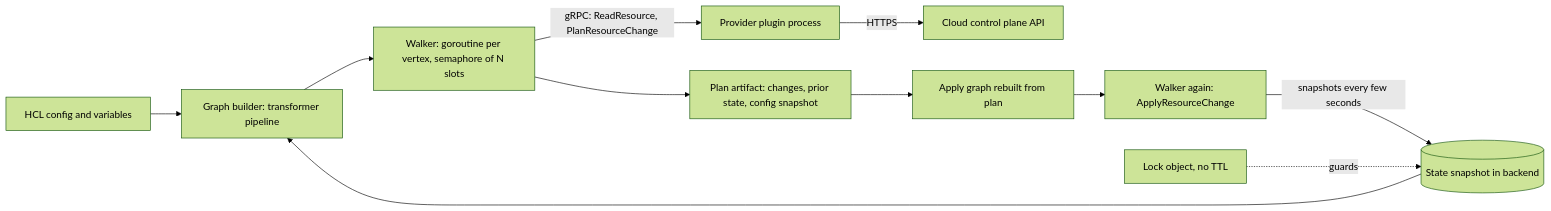
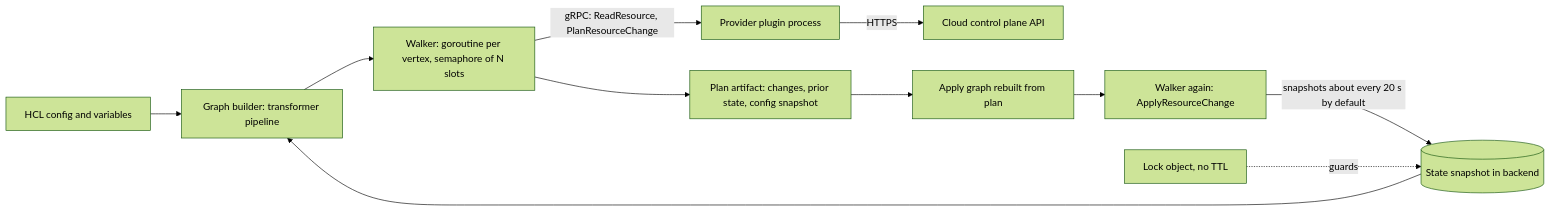
One commit to shreejitverma/SDE-Interview-Prep changed the diagram in 17-Cloud-AI-Engineering/Volume_06_Infrastructure_as_Code_and_Delivery/Chapter_01_Terraform_and_OpenTofu_Internals.md. Above: the diagram before and after it, drawn with Mermaid (forest theme). The commit also changed other lines of this file and 143 other files, not shown here.

````diff
--- a/17-Cloud-AI-Engineering/Volume_06_Infrastructure_as_Code_and_Delivery/Chapter_01_Terraform_and_OpenTofu_Internals.md
+++ b/17-Cloud-AI-Engineering/Volume_06_Infrastructure_as_Code_and_Delivery/Chapter_01_Terraform_and_OpenTofu_Internals.md
@@ -29,13 +62,13 @@
 ```mermaid
 flowchart LR
   A["HCL config and variables"] --> G["Graph builder: transformer pipeline"]
   S[("State snapshot in backend")] --> G
   G --> W["Walker: goroutine per vertex, semaphore of N slots"]
   W -->|"gRPC: ReadResource, PlanResourceChange"| P["Provider plugin process"]
   P -->|"HTTPS"| C["Cloud control plane API"]
   W --> PL["Plan artifact: changes, prior state, config snapshot"]
   PL --> AG["Apply graph rebuilt from plan"]
   AG --> W2["Walker again: ApplyResourceChange"]
-  W2 -->|"snapshots every few seconds"| S
+  W2 -->|"snapshots about every 20 s by default"| S
   L["Lock object, no TTL"] -. guards .-> S
 ```
````
